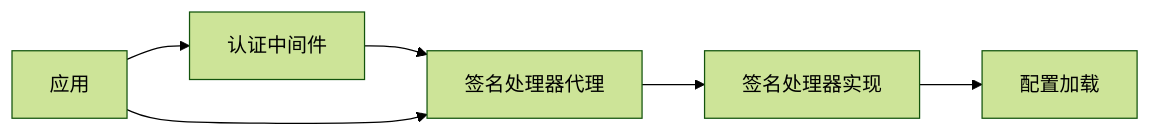
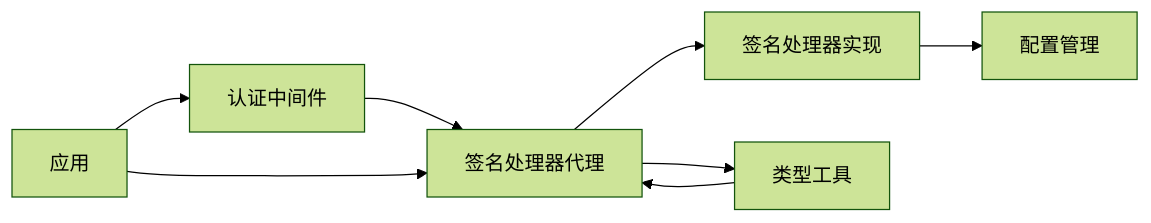
Before and after one commit to lilinzezzzzzz/fastapi-backend: the sixth of 6 diagrams in .qoder/repowiki/zh/content/安全认证机制/签名认证机制.md, drawn with Mermaid (forest theme). The commit also changed other lines of this file and 42 other files, not shown here.

````diff
--- a/.qoder/repowiki/zh/content/安全认证机制/签名认证机制.md
+++ b/.qoder/repowiki/zh/content/安全认证机制/签名认证机制.md
@@ -257,8 +279,10 @@
 ```mermaid
 graph LR
 AUTHMW["认证中间件"] --> SIGPROXY["签名处理器代理"]
 SIGPROXY --> SIGIMPL["签名处理器实现"]
-SIGIMPL --> CFG["配置加载"]
+SIGIMPL --> CFG["配置管理"]
+SIGPROXY --> TYPES["类型工具"]
 APP["应用"] --> AUTHMW
 APP --> SIGPROXY
+TYPES --> SIGPROXY
 ```
````
